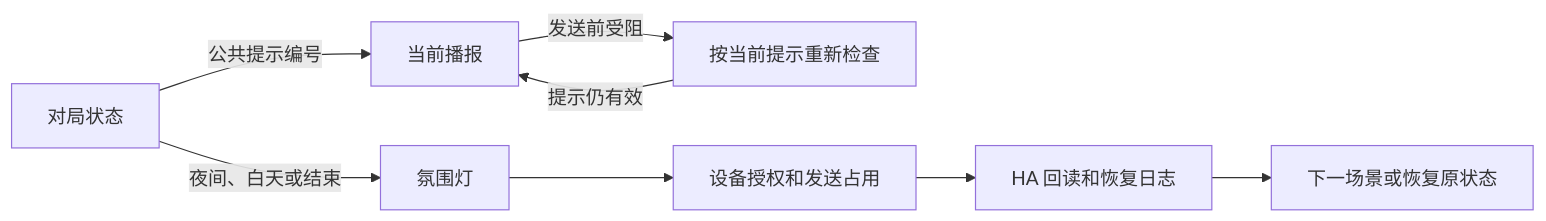
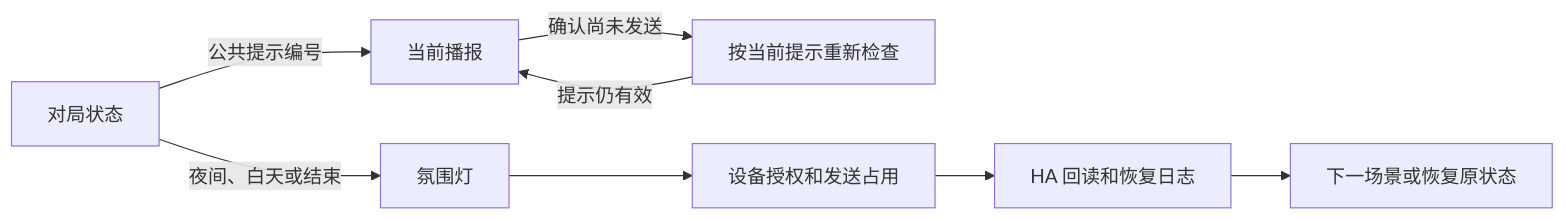
One commit to Geeprox/Friday changed diagram 27 of 33 in docs/architecture.md. Above: the diagram before and after it, drawn with Mermaid. The commit also changed other lines of this file and 8 other files, not shown here.

````diff
--- a/docs/architecture.md
+++ b/docs/architecture.md
@@ -553,10 +553,10 @@
 ```mermaid
 flowchart LR
   G[对局状态] -->|公共提示编号| V[当前播报]
-  V -->|发送前受阻| C[按当前提示重新检查]
+  V -->|确认尚未发送| C[按当前提示重新检查]
   C -->|提示仍有效| V
   G -->|夜间、白天或结束| L[氛围灯]
   L --> A[设备授权和发送占用]
   A --> R[HA 回读和恢复日志]
   R --> N[下一场景或恢复原状态]
 ```
````
